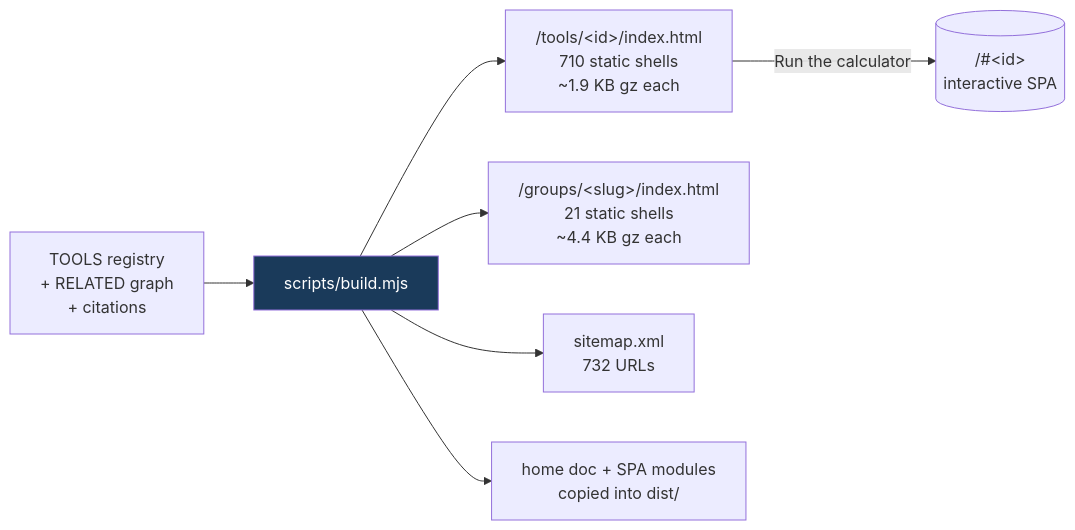
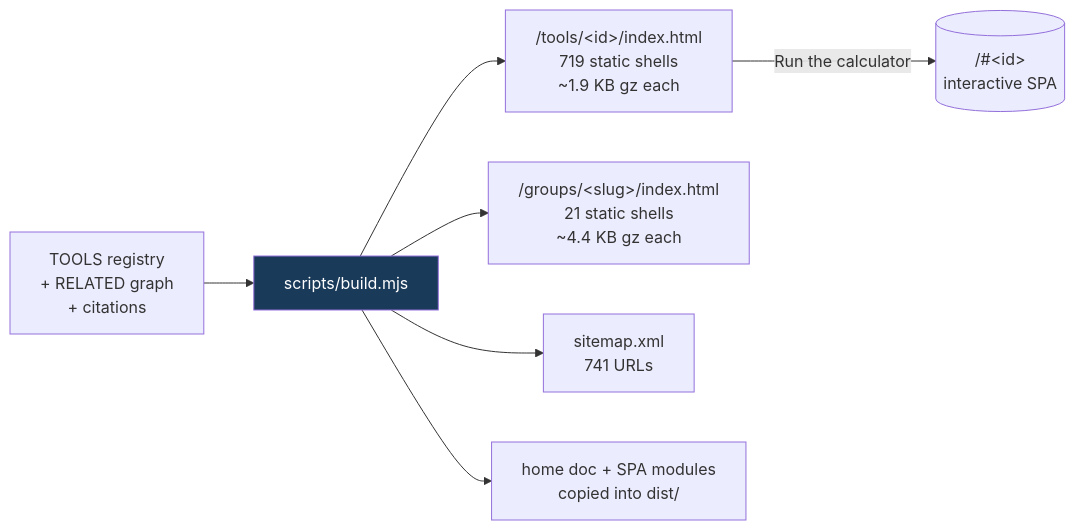
The fifth of 8 diagrams in README.md (clay-good/roughlogic.com), drawn with Mermaid before and after one commit. The commit also changed other lines of this file and 25 other files, not shown here.

````diff
--- a/README.md
+++ b/README.md
@@ -495,10 +495,10 @@
 ```mermaid
 flowchart LR
     SRC[TOOLS registry\n+ RELATED graph\n+ citations] --> BUILD[scripts/build.mjs]
-    BUILD --> TILE["/tools/&lt;id&gt;/index.html\n710 static shells\n~1.9 KB gz each"]
+    BUILD --> TILE["/tools/&lt;id&gt;/index.html\n719 static shells\n~1.9 KB gz each"]
     BUILD --> GROUP["/groups/&lt;slug&gt;/index.html\n21 static shells\n~4.4 KB gz each"]
-    BUILD --> MAP["sitemap.xml\n732 URLs"]
+    BUILD --> MAP["sitemap.xml\n741 URLs"]
     BUILD --> COPY[home doc + SPA modules\ncopied into dist/]
     TILE -->|Run the calculator| SPA[("/#&lt;id&gt;\ninteractive SPA")]
     style BUILD fill:#1a3a5a,color:#fff
 ```
````
